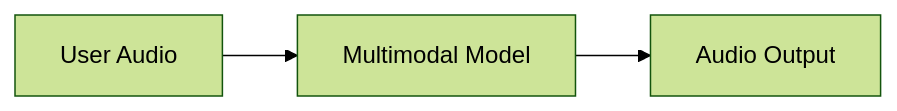
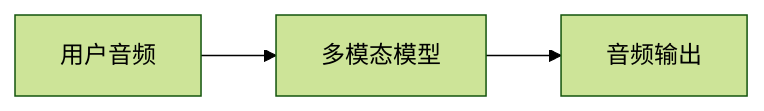
Before and after one commit to kunfan96/cndocs-langchain: the second of 2 diagrams in oss/python/langchain/voice-agent.mdx, drawn with Mermaid (forest theme). The commit also changed other lines of this file and 1450 other files, not shown here.

````diff
--- a/oss/python/langchain/voice-agent.mdx
+++ b/oss/python/langchain/voice-agent.mdx
@@ -59,5 +59,5 @@
 ```mermaid
 flowchart LR
-    A[User Audio] --> B[Multimodal Model]
-    B --> C[Audio Output]
+    A[用户音频] --> B[多模态模型]
+    B --> C[音频输出]
 ```
````
